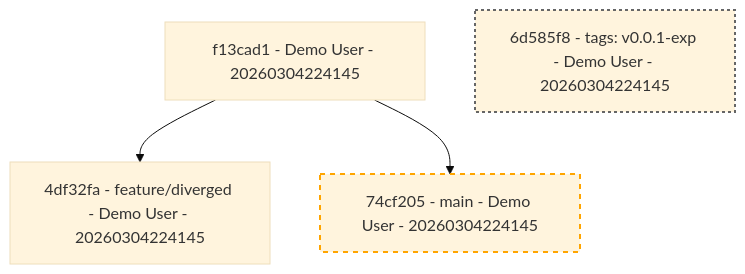
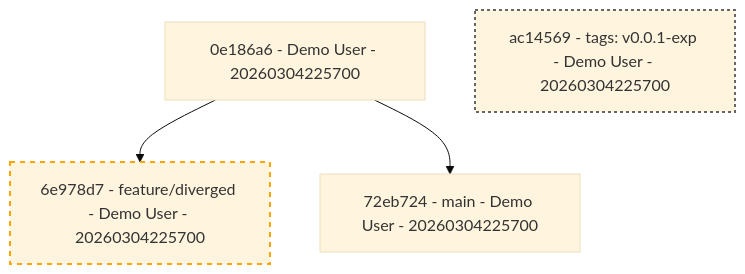
One commit to TheTrueSCU/git-graphable changed the third of 3 diagrams in examples/EXAMPLES.md. Above: the diagram before and after it, drawn with Mermaid (base theme). The commit also changed other lines of this file and 1 other file, not shown here.

````diff
--- a/examples/EXAMPLES.md
+++ b/examples/EXAMPLES.md
@@ -85,11 +85,11 @@
 ```mermaid
 flowchart TD
-f13cad197c59e702b286b4db1898e9c92549f7d5["f13cad1 - Demo User - 20260304224145"]
-6d585f8772a0e717d0432a6d18b196322f6a2e62["6d585f8 - tags: v0.0.1-exp - Demo User - 20260304224145"]
-style 6d585f8772a0e717d0432a6d18b196322f6a2e62 stroke:#666,stroke-width:2px,stroke-dasharray: 3 3
-4df32fa87e669d5cff555af8445a2915d17c1e41["4df32fa - feature/diverged - Demo User - 20260304224145"]
-74cf205b9a4c793d464507ddc481ed9bf79051d0["74cf205 - main - Demo User - 20260304224145"]
-style 74cf205b9a4c793d464507ddc481ed9bf79051d0 stroke:orange,stroke-width:2px,stroke-dasharray: 5 5
-f13cad197c59e702b286b4db1898e9c92549f7d5 --> 4df32fa87e669d5cff555af8445a2915d17c1e41
-f13cad197c59e702b286b4db1898e9c92549f7d5 --> 74cf205b9a4c793d464507ddc481ed9bf79051d0
+0e186a6c5e12cf892906f609f5e9debee1868f68["0e186a6 - Demo User - 20260304225700"]
+ac1456947e4e34408bfe1dcabb0d280284311182["ac14569 - tags: v0.0.1-exp - Demo User - 20260304225700"]
+style ac1456947e4e34408bfe1dcabb0d280284311182 stroke:#666,stroke-width:2px,stroke-dasharray: 3 3
+6e978d748419ac3151455a37e7cd94d0f2507f84["6e978d7 - feature/diverged - Demo User - 20260304225700"]
+style 6e978d748419ac3151455a37e7cd94d0f2507f84 stroke:orange,stroke-width:2px,stroke-dasharray: 5 5
+72eb724f8e74e5f67f6f8a6355e820bbbd0daee7["72eb724 - main - Demo User - 20260304225700"]
+0e186a6c5e12cf892906f609f5e9debee1868f68 --> 6e978d748419ac3151455a37e7cd94d0f2507f84
+0e186a6c5e12cf892906f609f5e9debee1868f68 --> 72eb724f8e74e5f67f6f8a6355e820bbbd0daee7
 ```
````
